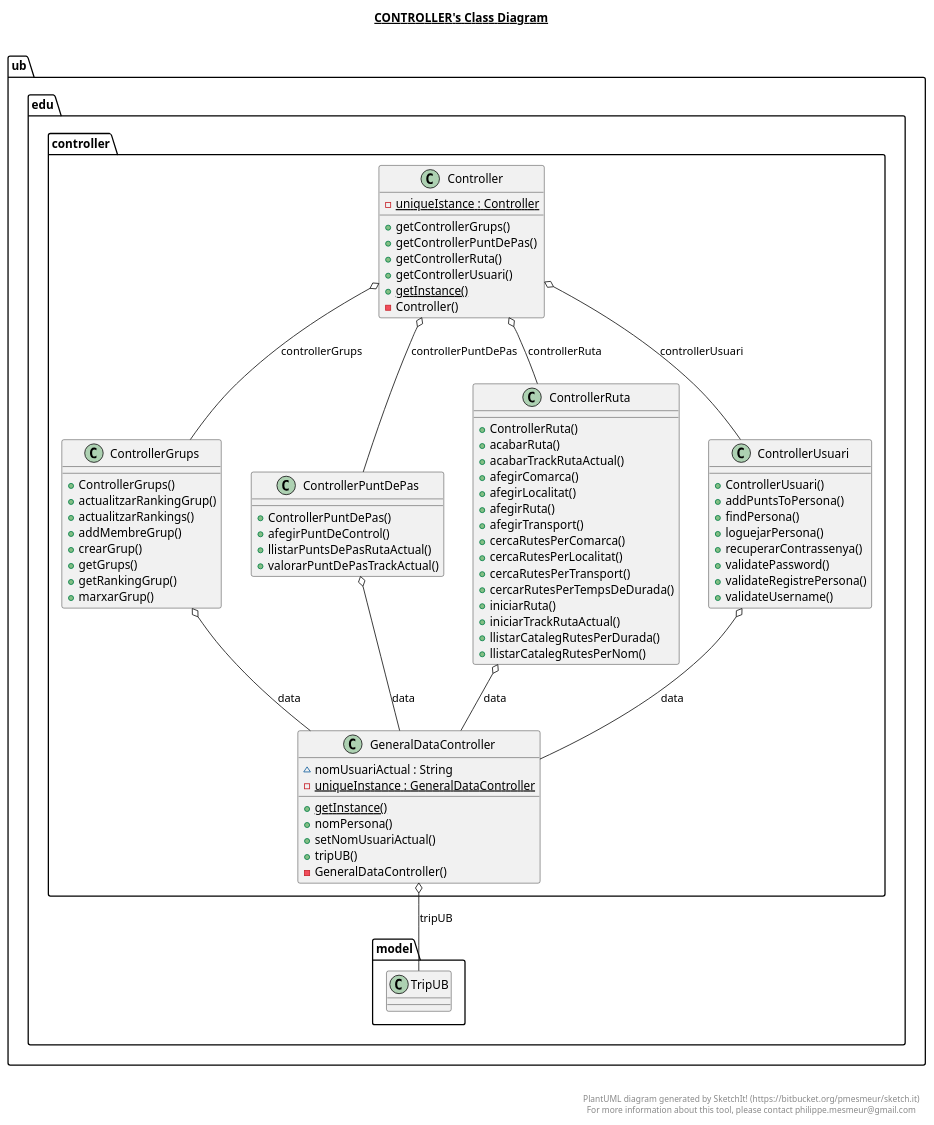
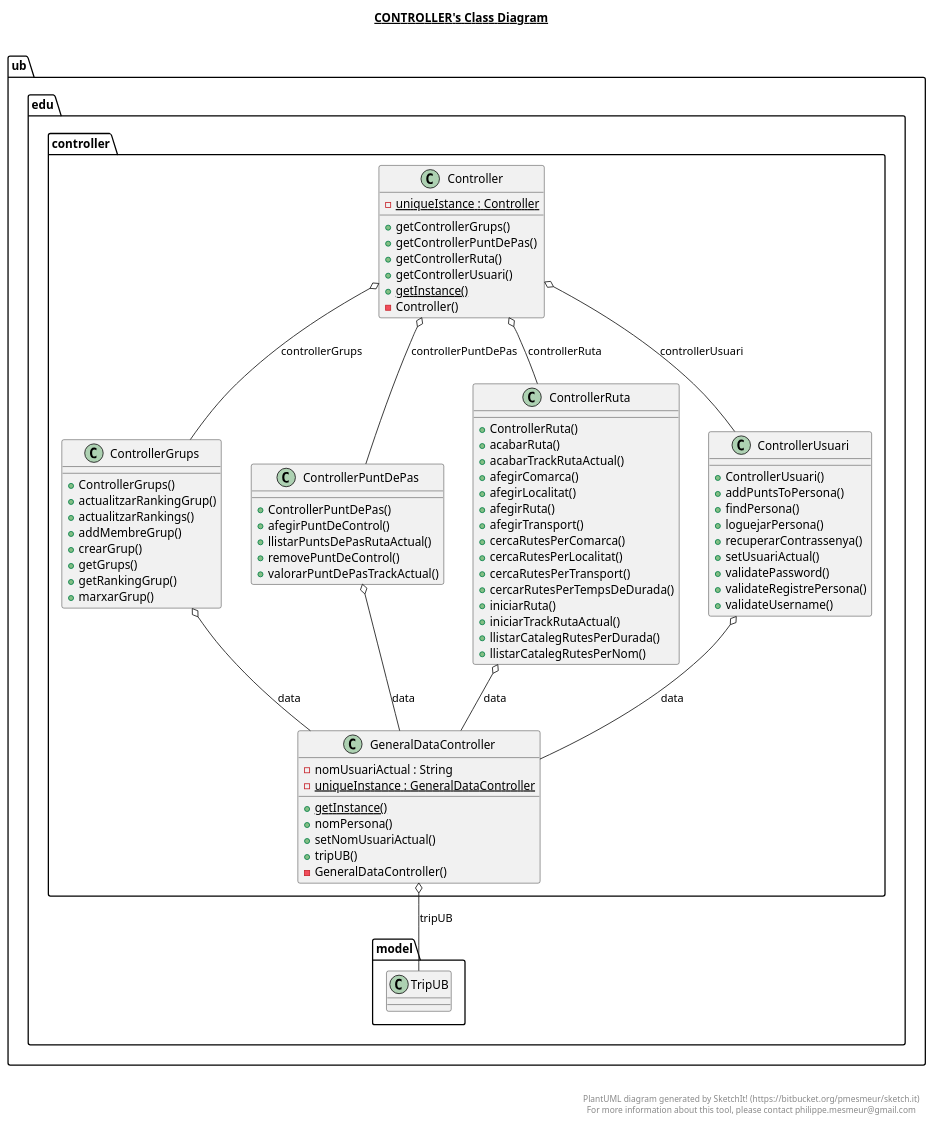
The diagram in src/ub/edu/controller/controller.plantuml (Samot2003/p3-tripu-dao-a12_reava), drawn with PlantUML before and after one commit. The commit also changed 3 other files, not shown here.

```diff
--- a/src/ub/edu/controller/controller.plantuml
+++ b/src/ub/edu/controller/controller.plantuml
@@ -1,108 +1,110 @@
 @startuml
 
 title __CONTROLLER's Class Diagram__\n
 
   namespace ub.edu.controller {
     class ub.edu.controller.Controller {
         {static} - uniqueIstance : Controller
         + getControllerGrups()
         + getControllerPuntDePas()
         + getControllerRuta()
         + getControllerUsuari()
         {static} + getInstance()
         - Controller()
     }
   }
   
 
   namespace ub.edu.controller {
     class ub.edu.controller.ControllerGrups {
         + ControllerGrups()
         + actualitzarRankingGrup()
         + actualitzarRankings()
         + addMembreGrup()
         + crearGrup()
         + getGrups()
         + getRankingGrup()
         + marxarGrup()
     }
   }
   
 
   namespace ub.edu.controller {
     class ub.edu.controller.ControllerPuntDePas {
         + ControllerPuntDePas()
         + afegirPuntDeControl()
         + llistarPuntsDePasRutaActual()
+        + removePuntDeControl()
         + valorarPuntDePasTrackActual()
     }
   }
   
 
   namespace ub.edu.controller {
     class ub.edu.controller.ControllerRuta {
         + ControllerRuta()
         + acabarRuta()
         + acabarTrackRutaActual()
         + afegirComarca()
         + afegirLocalitat()
         + afegirRuta()
         + afegirTransport()
         + cercaRutesPerComarca()
         + cercaRutesPerLocalitat()
         + cercaRutesPerTransport()
         + cercarRutesPerTempsDeDurada()
         + iniciarRuta()
         + iniciarTrackRutaActual()
         + llistarCatalegRutesPerDurada()
         + llistarCatalegRutesPerNom()
     }
   }
   
 
   namespace ub.edu.controller {
     class ub.edu.controller.ControllerUsuari {
         + ControllerUsuari()
         + addPuntsToPersona()
         + findPersona()
         + loguejarPersona()
         + recuperarContrassenya()
+        + setUsuariActual()
         + validatePassword()
         + validateRegistrePersona()
         + validateUsername()
     }
   }
   
 
   namespace ub.edu.controller {
     class ub.edu.controller.GeneralDataController {
-        ~ nomUsuariActual : String
+        - nomUsuariActual : String
         {static} - uniqueInstance : GeneralDataController
         {static} + getInstance()
         + nomPersona()
         + setNomUsuariActual()
         + tripUB()
         - GeneralDataController()
     }
   }
   
 
   ub.edu.controller.Controller o-- ub.edu.controller.ControllerGrups : controllerGrups
   ub.edu.controller.Controller o-- ub.edu.controller.ControllerPuntDePas : controllerPuntDePas
   ub.edu.controller.Controller o-- ub.edu.controller.ControllerRuta : controllerRuta
   ub.edu.controller.Controller o-- ub.edu.controller.ControllerUsuari : controllerUsuari
   ub.edu.controller.ControllerGrups o-- ub.edu.controller.GeneralDataController : data
   ub.edu.controller.ControllerPuntDePas o-- ub.edu.controller.GeneralDataController : data
   ub.edu.controller.ControllerRuta o-- ub.edu.controller.GeneralDataController : data
   ub.edu.controller.ControllerUsuari o-- ub.edu.controller.GeneralDataController : data
   ub.edu.controller.GeneralDataController o-- ub.edu.model.TripUB : tripUB
 
 
 right footer
 
 
 PlantUML diagram generated by SketchIt! (https://bitbucket.org/pmesmeur/sketch.it)
 For more information about this tool, please contact philippe.mesmeur@gmail.com
 endfooter
 
 @enduml
```
